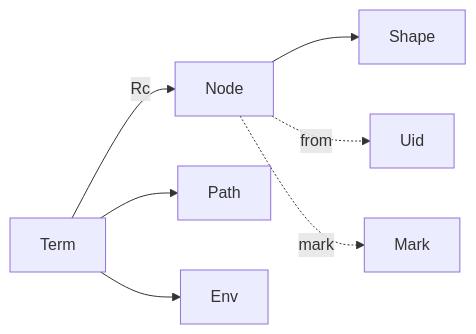
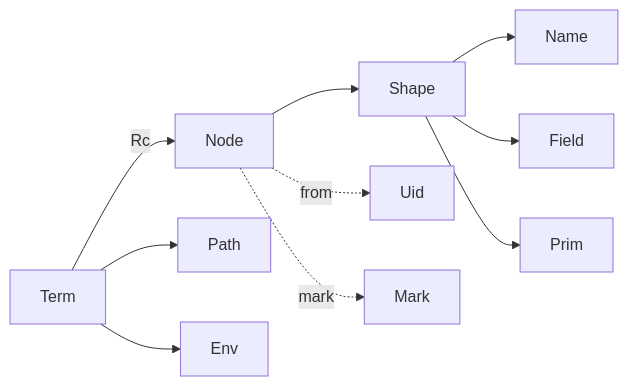
One commit to krukah/redex changed the diagram in crates/term/AGENTS.md. Above: the diagram before and after it, drawn with Mermaid. The commit also changed other lines of this file and 8 other files, not shown here.

````diff
--- a/crates/term/AGENTS.md
+++ b/crates/term/AGENTS.md
@@ -3,7 +3,8 @@
 ```mermaid
 flowchart LR
   Term -->|Rc| Node --> Shape
   Node -.from.-> Uid
   Node -.mark.-> Mark
   Term --> Path & Env
+  Shape --> Name & Field & Prim
 ```
````
